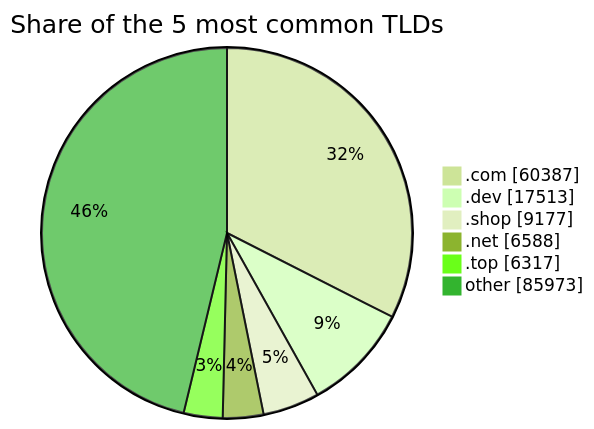
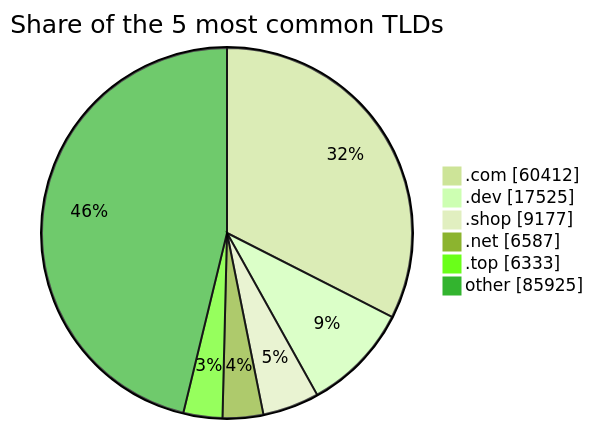
One commit to DNSBunker/CTI changed the third of 3 diagrams in README.md. Above: the diagram before and after it, drawn with Mermaid (forest theme). The commit also changed other lines of this file and 3 other files, not shown here.

````diff
--- a/README.md
+++ b/README.md
@@ -81,9 +81,9 @@
 ```mermaid
 pie showData title Share of the 5 most common TLDs
-    ".com" : 60387
-    ".dev" : 17513
+    ".com" : 60412
+    ".dev" : 17525
     ".shop" : 9177
-    ".net" : 6588
-    ".top" : 6317
-    "other" : 85973
+    ".net" : 6587
+    ".top" : 6333
+    "other" : 85925
 ```
````
